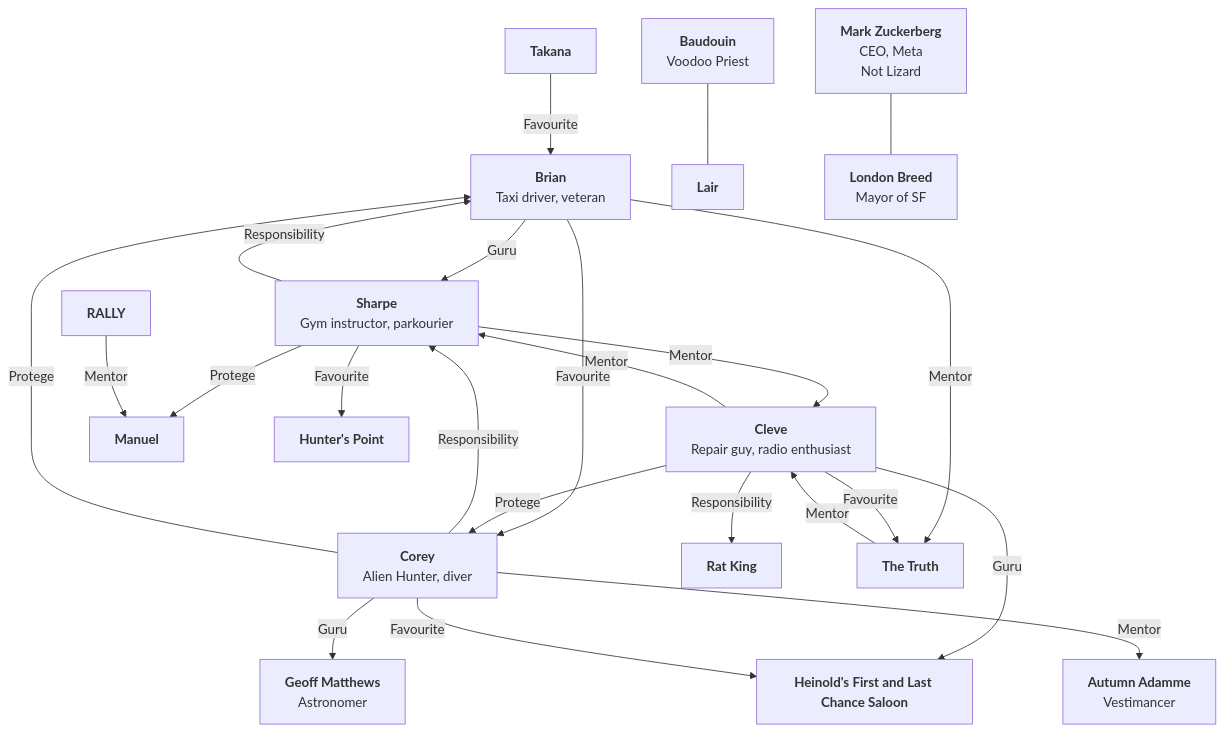
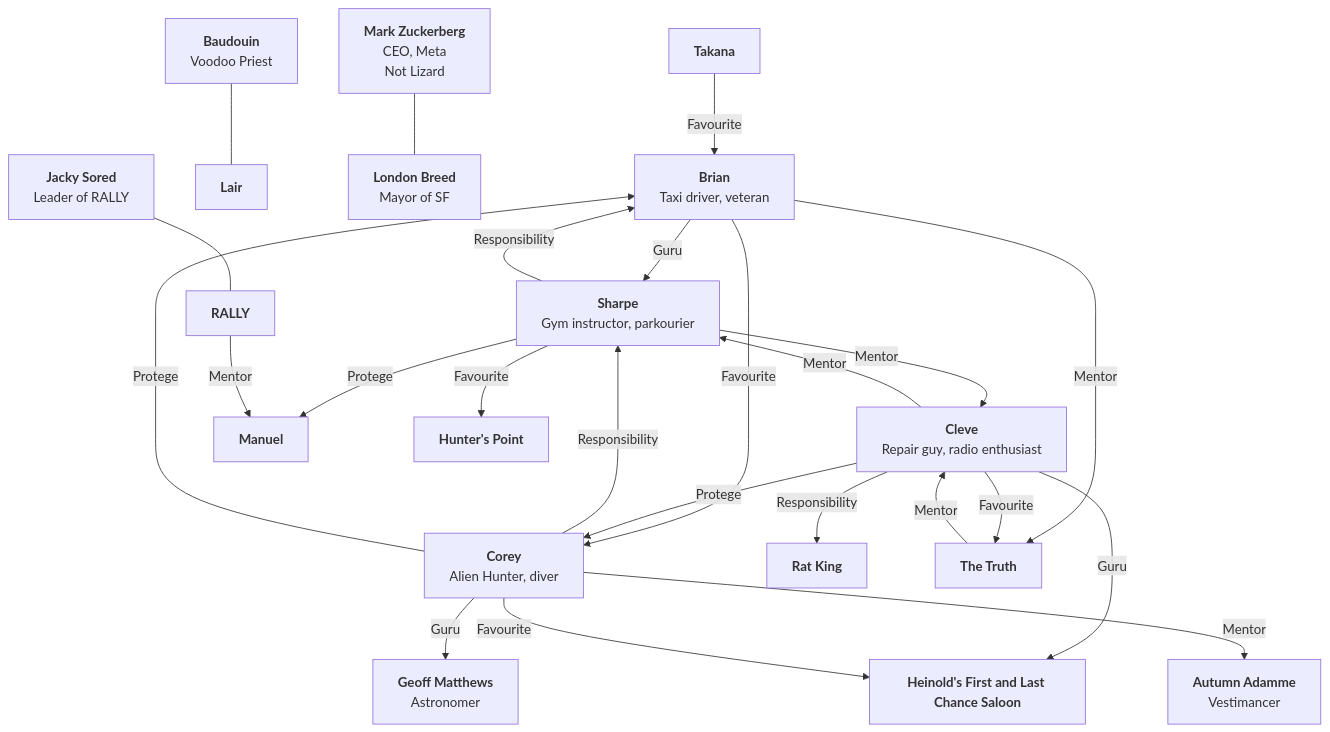
The diagram in README.md (larsnaesbye/unsettlingimages), drawn with Mermaid before and after one commit.

Commit message:
Add Jacky Sored

````diff
--- a/README.md
+++ b/README.md
@@ -3,50 +3,51 @@
 ```mermaid
 %%{init: {'theme':'synthwave'}}}%%
 graph TD 
 Brian[<B>Brian</B><BR />Taxi driver, veteran];
 Cleve[<B>Cleve</B><BR />Repair guy, radio enthusiast]
 Corey[<B>Corey</B><BR />Alien Hunter, diver]
 Sharpe[<B>Sharpe</B><BR />Gym instructor, parkourier]
 Autumn[<B>Autumn Adamme</B><BR />Vestimancer];
 Geoff[<B>Geoff Matthews</B><BR />Astronomer]
 Heinolds[<B>Heinold's First and Last Chance Saloon</B>];
 Lair[<B>Lair</B>];
 Manuel[<B>Manuel</B>];
 RALLY[<B>RALLY</B>];
 RatKing[<B>Rat King</B>];
 Takana[<B>Takana</B>];
 TheTruth[<B>The Truth</B>];
 Baudouin[<B>Baudouin</B><BR />Voodoo Priest];
 Hunters[<B>Hunter's Point</B>];
 London[<B>London Breed</B><BR />Mayor of SF];
 Zuck[<B>Mark Zuckerberg</B><BR />CEO, Meta<BR />Not Lizard];
+Sored[<B>Jacky Sored</B><BR />Leader of RALLY]
 
 Zuck --- London
 Baudouin --- Lair
-
+Sored --- RALLY
 Brian --> |Guru| Sharpe
 Brian --> |Mentor| TheTruth
 Brian --> |Favourite| Corey
 
 Cleve --> |Protege| Corey
 Cleve --> |Responsibility| RatKing
 Cleve --> |Mentor| Sharpe
 Cleve --> |Guru| Heinolds
 Cleve --> |Favourite| TheTruth
 
 Corey --> |Responsibility| Sharpe
 Corey --> |Guru| Geoff
 Corey --> |Mentor| Autumn
 Corey --> |Favourite| Heinolds
 Corey --> |Protege| Brian
 
 Sharpe --> |Protege| Manuel
 Sharpe --> |Mentor| Cleve
 Sharpe --> |Responsibility| Brian
 Sharpe --> |Favourite| Hunters
 
 RALLY --> |Mentor| Manuel
 Takana --> |Favourite| Brian
 TheTruth --> |Mentor| Cleve
 
 ```
````
